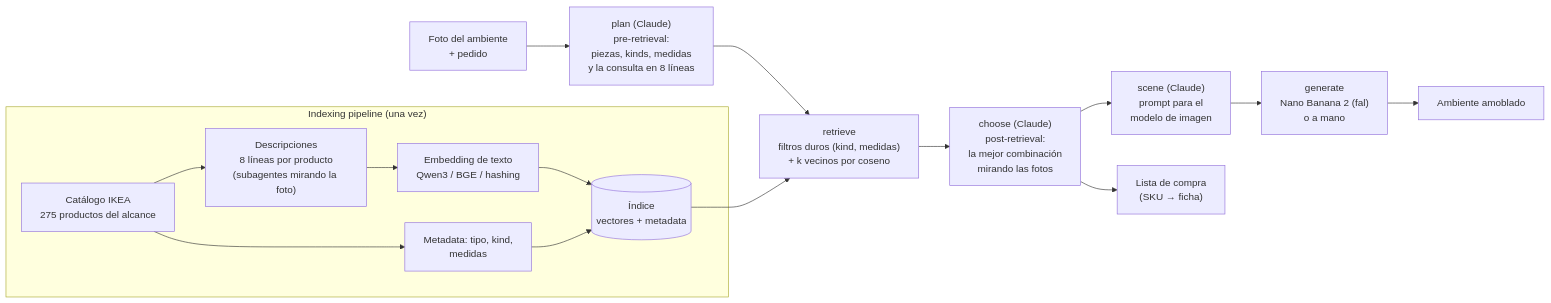
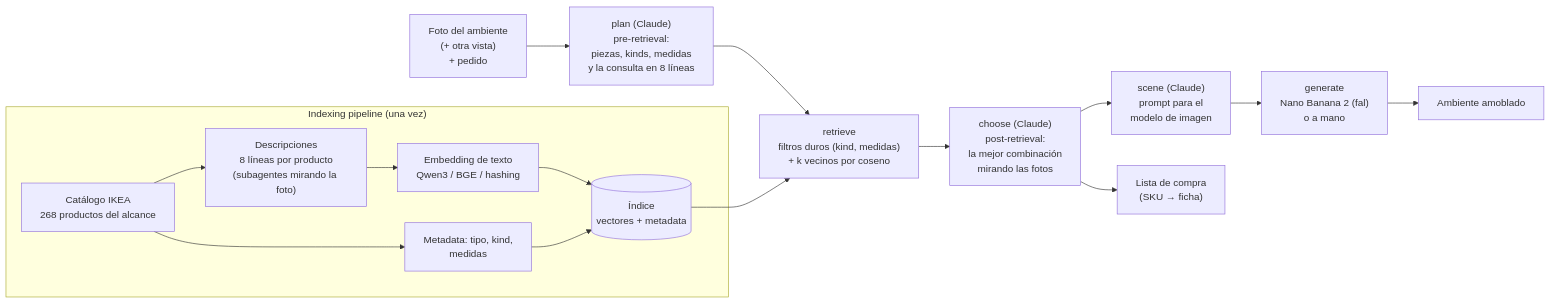
Before and after one commit to matiasrossiseifert/amoblai: the diagram in docs/ARQUITECTURA.md, drawn with Mermaid. The commit also changed other lines of this file and 7 other files, not shown here.

First line of the commit message:
docs: vistas extra, catálogo de 268 y medidas del ambiente en FUTURO

````diff
--- a/docs/ARQUITECTURA.md
+++ b/docs/ARQUITECTURA.md
@@ -12,18 +12,18 @@
 ```mermaid
 flowchart LR
   subgraph IDX["Indexing pipeline (una vez)"]
-    A["Catálogo IKEA<br/>275 productos del alcance"] --> B["Descripciones<br/>8 líneas por producto<br/>(subagentes mirando la foto)"]
+    A["Catálogo IKEA<br/>268 productos del alcance"] --> B["Descripciones<br/>8 líneas por producto<br/>(subagentes mirando la foto)"]
     A --> K["Metadata: tipo, kind,<br/>medidas"]
     B --> E["Embedding de texto<br/>Qwen3 / BGE / hashing"]
     E --> V[("Índice<br/>vectores + metadata")]
     K --> V
   end
-  U["Foto del ambiente<br/>+ pedido"] --> P["plan (Claude)<br/>pre-retrieval:<br/>piezas, kinds, medidas<br/>y la consulta en 8 líneas"]
+  U["Foto del ambiente<br/>(+ otra vista)<br/>+ pedido"] --> P["plan (Claude)<br/>pre-retrieval:<br/>piezas, kinds, medidas<br/>y la consulta en 8 líneas"]
   P --> R["retrieve<br/>filtros duros (kind, medidas)<br/>+ k vecinos por coseno"]
   V --> R
   R --> C["choose (Claude)<br/>post-retrieval:<br/>la mejor combinación<br/>mirando las fotos"]
   C --> S["scene (Claude)<br/>prompt para el<br/>modelo de imagen"]
   S --> G["generate<br/>Nano Banana 2 (fal)<br/>o a mano"]
   C --> L["Lista de compra<br/>(SKU → ficha)"]
   G --> F["Ambiente amoblado"]
 ```
````
